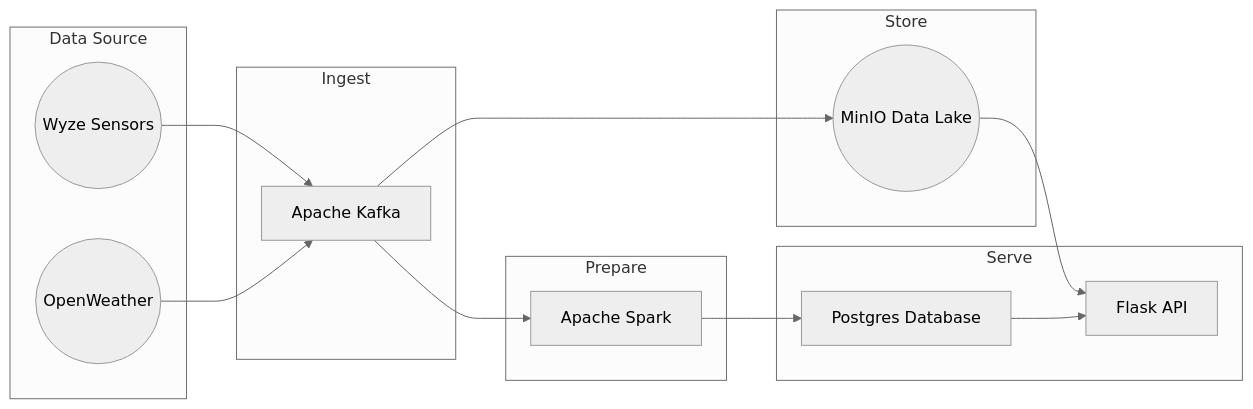
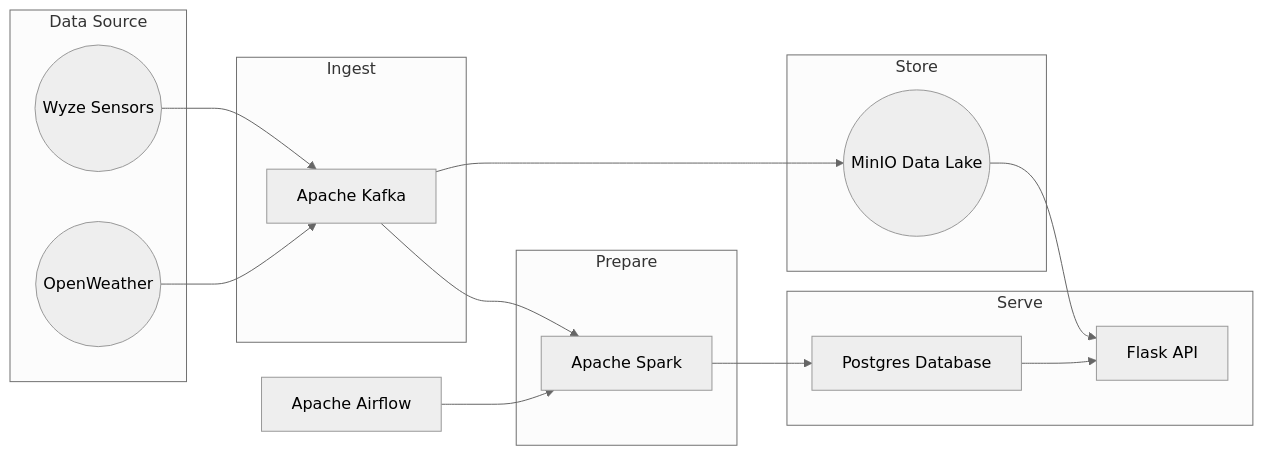
Before and after one commit to jessmjohnson/project-myhome: the diagram in README.md, drawn with Mermaid (neutral theme). The commit also changed other lines of this file and 1 other file, not shown here.

````diff
--- a/README.md
+++ b/README.md
@@ -7,33 +16,36 @@
 ```mermaid 
 flowchart LR
     subgraph "Data Source"
         DS1((Wyze Sensors))
         DS2((OpenWeather))
     end
 
     subgraph "Ingest"
         IS1[Apache Kafka]
     end
 
     subgraph "Store"
         DL1((MinIO Data Lake))
     end
 
     subgraph "Prepare"
         S1[Apache Spark]
     end
 
     subgraph "Serve"
         P1[Postgres Database]
         P2[Flask API]
     end
 
+    AF1[Apache Airflow]
+
     DS1 --> IS1
     DS2 --> IS1
     IS1 --> DL1
     IS1 --> S1
     S1 --> P1
     DL1 --> P2
     P1 --> P2
+    AF1 --> S1
 
 ```
````
